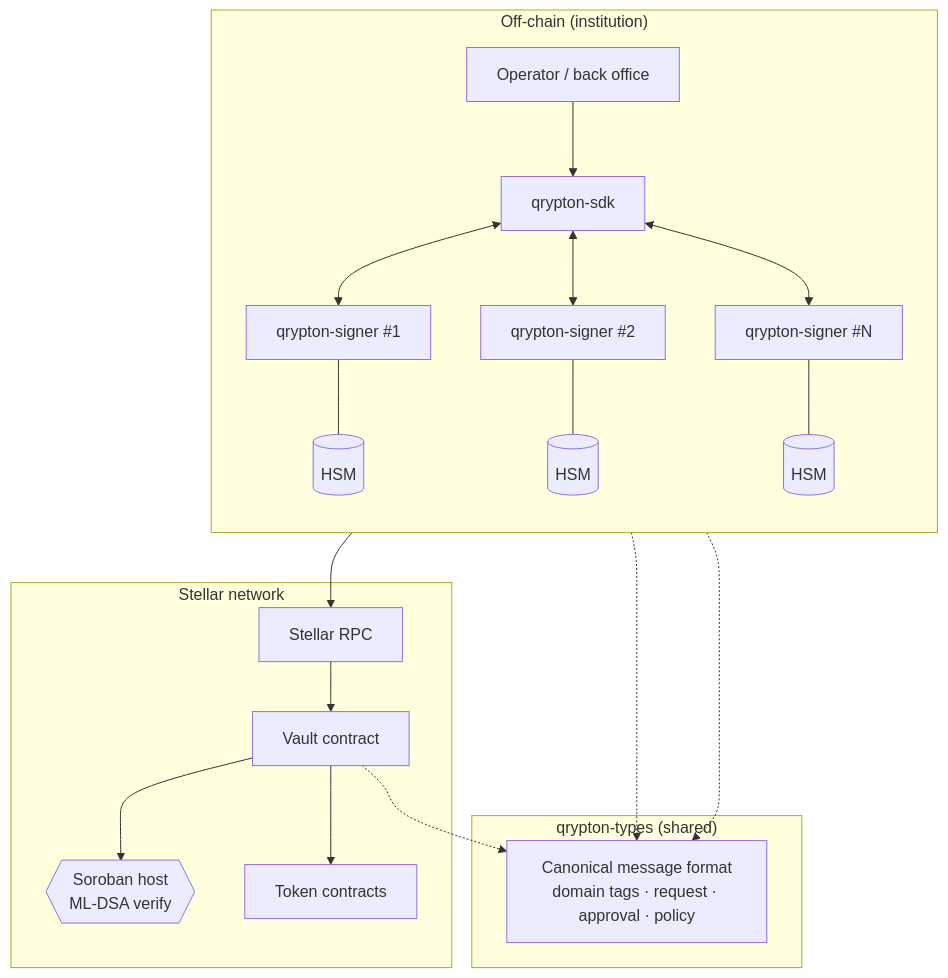
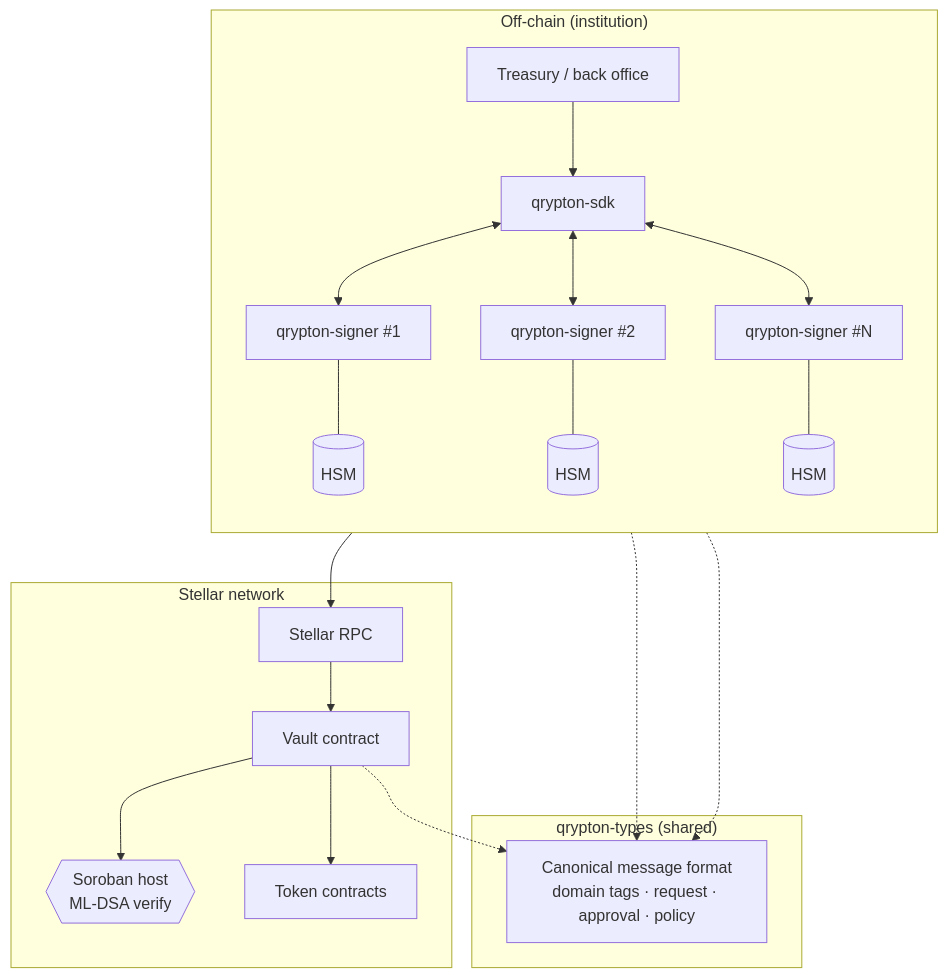
The first of 3 diagrams in docs/architecture.md (osdeniz/qrypton-vault), drawn with Mermaid before and after one commit. The commit also changed other lines of this file and 6 other files, not shown here.

````diff
--- a/docs/architecture.md
+++ b/docs/architecture.md
@@ -7,35 +7,35 @@
 ```mermaid
 flowchart TB
     subgraph Off-chain["Off-chain (institution)"]
         direction TB
-        UI[Operator / back office]
+        UI[Treasury / back office]
         SDK[qrypton-sdk]
         SIG1[qrypton-signer #1]
         SIG2[qrypton-signer #2]
         SIGN[qrypton-signer #N]
         HSM1[(HSM)]
         HSM2[(HSM)]
         HSMN[(HSM)]
         UI --> SDK
         SDK <--> SIG1 & SIG2 & SIGN
         SIG1 --- HSM1
         SIG2 --- HSM2
         SIGN --- HSMN
     end
     subgraph Types["qrypton-types (shared)"]
         MSG[Canonical message format<br/>domain tags · request · approval · policy]
     end
     subgraph Chain["Stellar network"]
         RPC[Stellar RPC]
         VAULT[Vault contract]
         HOST{{Soroban host<br/>ML-DSA verify}}
         TOKEN[Token contracts]
         RPC --> VAULT
         VAULT --> HOST
         VAULT --> TOKEN
     end
     SDK --> RPC
     SDK -.-> MSG
     SIG1 -.-> MSG
     VAULT -.-> MSG
 ```
````
